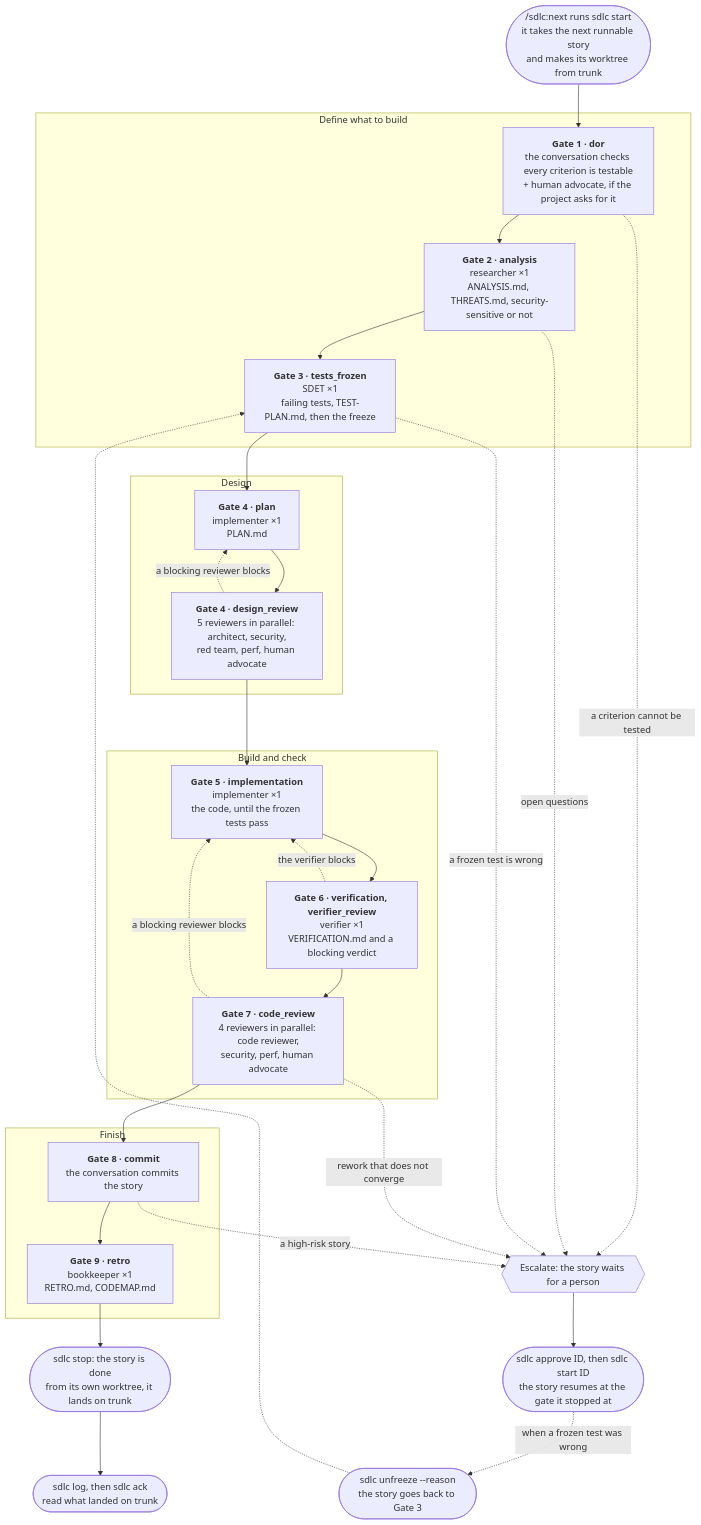
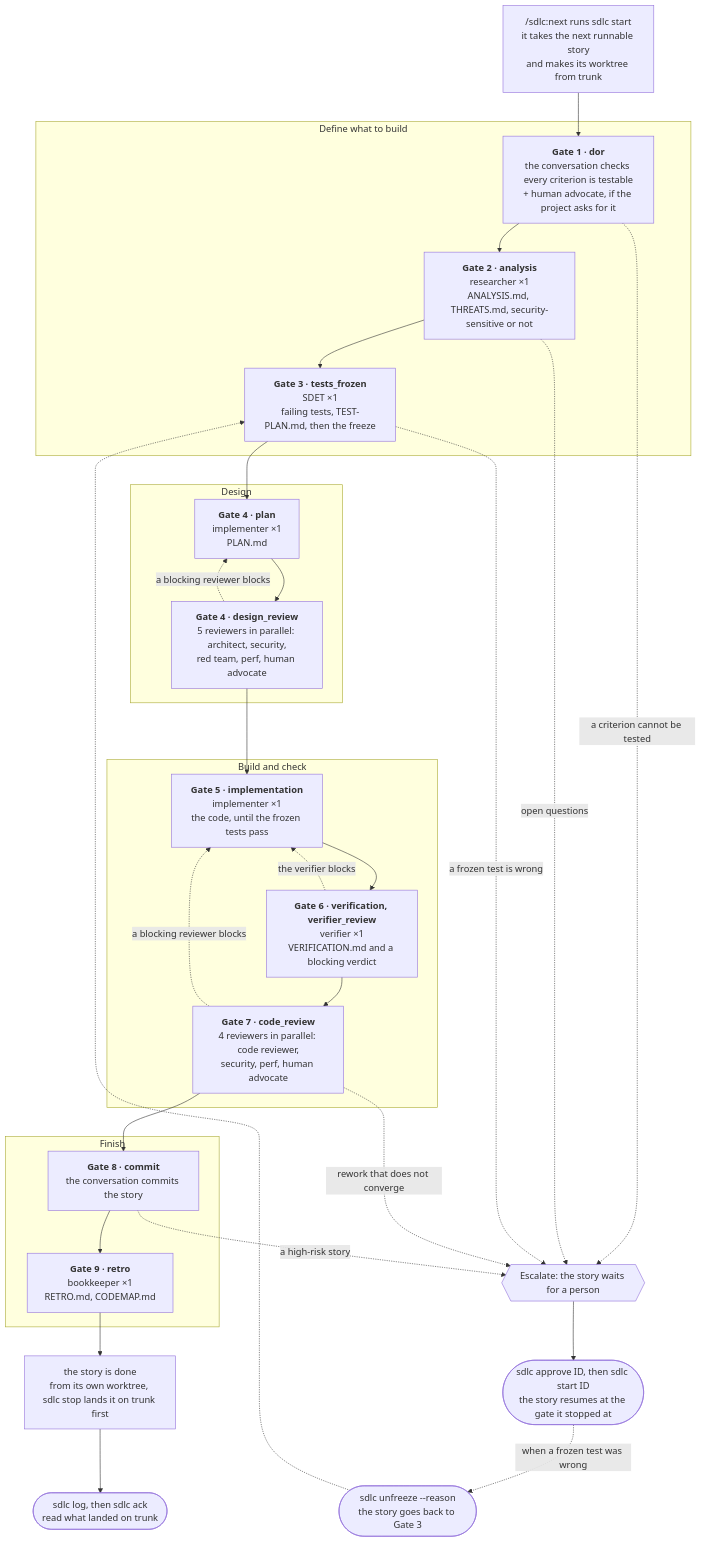
Before and after one commit to bbsnly/sdlc: the diagram in docs/the-loop.md, drawn with Mermaid. The commit also changed other lines of this file and 1 other file, not shown here.

````diff
--- a/docs/the-loop.md
+++ b/docs/the-loop.md
@@ -30,50 +91,50 @@
 ```mermaid
 flowchart TD
-    start(["/sdlc:next runs sdlc start<br/>it takes the next runnable story<br/>and makes its worktree from trunk"])
+    start["/sdlc:next runs sdlc start<br/>it takes the next runnable story<br/>and makes its worktree from trunk"]
 
     subgraph define["Define what to build"]
         g1["<b>Gate 1 · dor</b><br/>the conversation checks every criterion is testable<br/>+ human advocate, if the project asks for it"]
         g2["<b>Gate 2 · analysis</b><br/>researcher ×1<br/>ANALYSIS.md, THREATS.md, security-sensitive or not"]
         g3["<b>Gate 3 · tests_frozen</b><br/>SDET ×1<br/>failing tests, TEST-PLAN.md, then the freeze"]
     end
 
     subgraph design["Design"]
         g4a["<b>Gate 4 · plan</b><br/>implementer ×1<br/>PLAN.md"]
         g4b["<b>Gate 4 · design_review</b><br/>5 reviewers in parallel: architect, security,<br/>red team, perf, human advocate"]
     end
 
     subgraph build["Build and check"]
         g5["<b>Gate 5 · implementation</b><br/>implementer ×1<br/>the code, until the frozen tests pass"]
         g6["<b>Gate 6 · verification, verifier_review</b><br/>verifier ×1<br/>VERIFICATION.md and a blocking verdict"]
         g7["<b>Gate 7 · code_review</b><br/>4 reviewers in parallel: code reviewer,<br/>security, perf, human advocate"]
     end
 
     subgraph finish["Finish"]
         g8["<b>Gate 8 · commit</b><br/>the conversation commits the story"]
         g9["<b>Gate 9 · retro</b><br/>bookkeeper ×1<br/>RETRO.md, CODEMAP.md"]
     end
 
-    done(["sdlc stop: the story is done<br/>from its own worktree, it lands on trunk"])
+    done["the story is done<br/>from its own worktree, sdlc stop lands it on trunk first"]
 
     start --> g1 --> g2 --> g3 --> g4a --> g4b --> g5 --> g6 --> g7 --> g8 --> g9 --> done
 
     g4b -.->|a blocking reviewer blocks| g4a
     g6 -.->|the verifier blocks| g5
     g7 -.->|a blocking reviewer blocks| g5
 
     esc{{"Escalate: the story waits for a person"}}
     g1 -.->|a criterion cannot be tested| esc
     g2 -.->|open questions| esc
     g3 -.->|a frozen test is wrong| esc
     g7 -.->|rework that does not converge| esc
     g8 -.->|a high-risk story| esc
 
     approve(["sdlc approve ID, then sdlc start ID<br/>the story resumes at the gate it stopped at"])
     unfreeze(["sdlc unfreeze --reason<br/>the story goes back to Gate 3"])
     esc --> approve
     approve -.->|when a frozen test was wrong| unfreeze
     unfreeze -.-> g3
 
     ack(["sdlc log, then sdlc ack<br/>read what landed on trunk"])
     done --> ack
 ```
````
